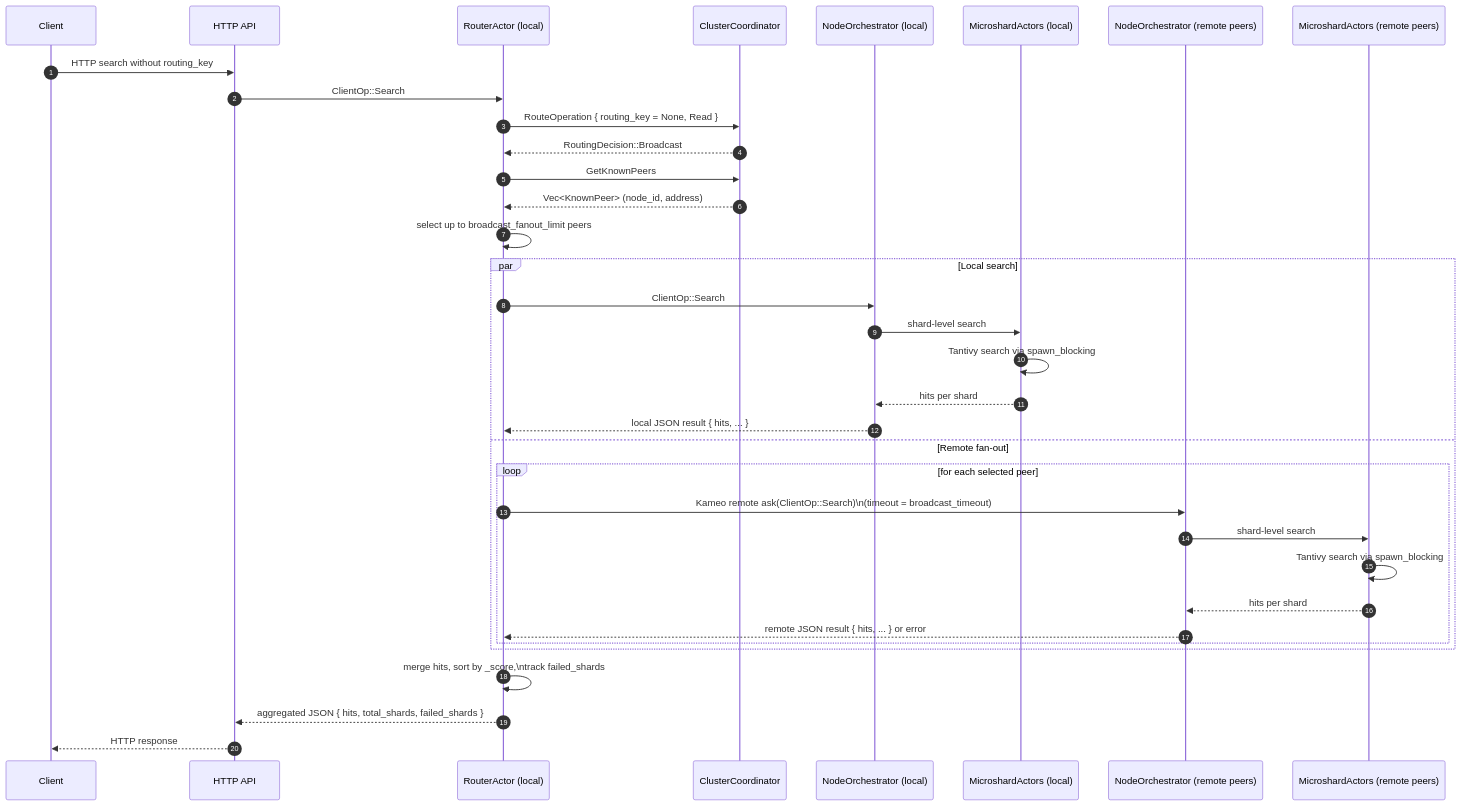
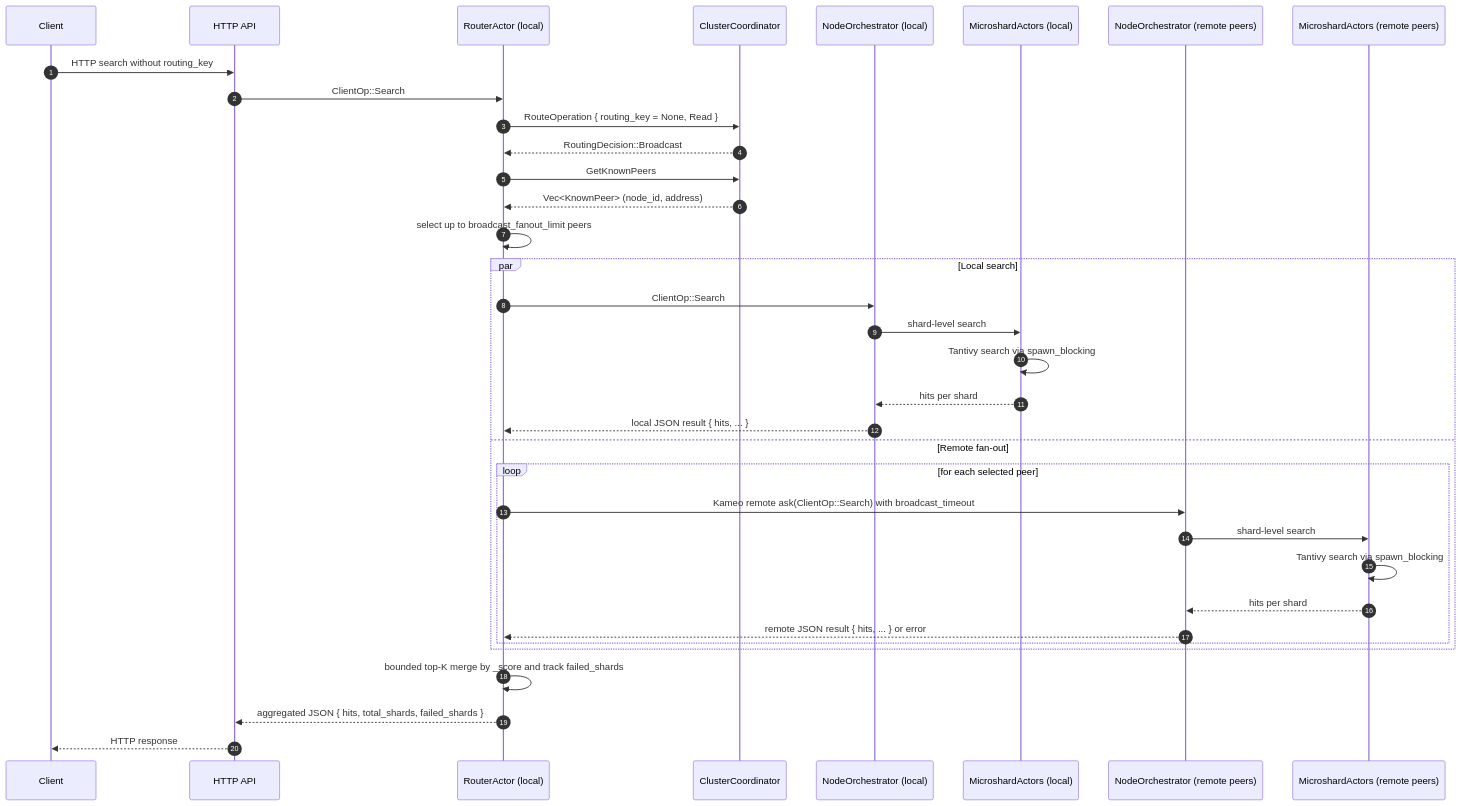
One commit to cameodb/cameodb changed the third of 3 diagrams in crates/server/README.md. Above: the diagram before and after it, drawn with Mermaid. The commit also changed other lines of this file and 3 other files, not shown here.

First line of the commit message:
feat: implement bounded top-K merge with score-aware pruning for distributed search results

````diff
--- a/crates/server/README.md
+++ b/crates/server/README.md
@@ -492,41 +492,41 @@
 ```mermaid
 sequenceDiagram
     autonumber
     participant Client
     participant HTTP as HTTP API
     participant Router as RouterActor (local)
     participant Coord as ClusterCoordinator
     participant LocalOrch as NodeOrchestrator (local)
     participant LocalShards as MicroshardActors (local)
     participant RemoteOrchN as NodeOrchestrator (remote peers)
     participant RemoteShardsN as MicroshardActors (remote peers)
 
     Client->>HTTP: HTTP search without routing_key
     HTTP->>Router: ClientOp::Search
     Router->>Coord: RouteOperation { routing_key = None, Read }
     Coord-->>Router: RoutingDecision::Broadcast
 
     Router->>Coord: GetKnownPeers
     Coord-->>Router: Vec<KnownPeer> (node_id, address)
     Router->>Router: select up to broadcast_fanout_limit peers
 
     par Local search
         Router->>LocalOrch: ClientOp::Search
         LocalOrch->>LocalShards: shard-level search
         LocalShards->>LocalShards: Tantivy search via spawn_blocking
         LocalShards-->>LocalOrch: hits per shard
         LocalOrch-->>Router: local JSON result { hits, ... }
     and Remote fan-out
         loop for each selected peer
-            Router->>RemoteOrchN: Kameo remote ask(ClientOp::Search)\n(timeout = broadcast_timeout)
+            Router->>RemoteOrchN: Kameo remote ask(ClientOp::Search) with broadcast_timeout
             RemoteOrchN->>RemoteShardsN: shard-level search
             RemoteShardsN->>RemoteShardsN: Tantivy search via spawn_blocking
             RemoteShardsN-->>RemoteOrchN: hits per shard
             RemoteOrchN-->>Router: remote JSON result { hits, ... } or error
         end
     end
 
-    Router->>Router: merge hits, sort by _score,\ntrack failed_shards
+    Router->>Router: bounded top-K merge by _score and track failed_shards
     Router-->>HTTP: aggregated JSON { hits, total_shards, failed_shards }
     HTTP-->>Client: HTTP response
 ```
````
